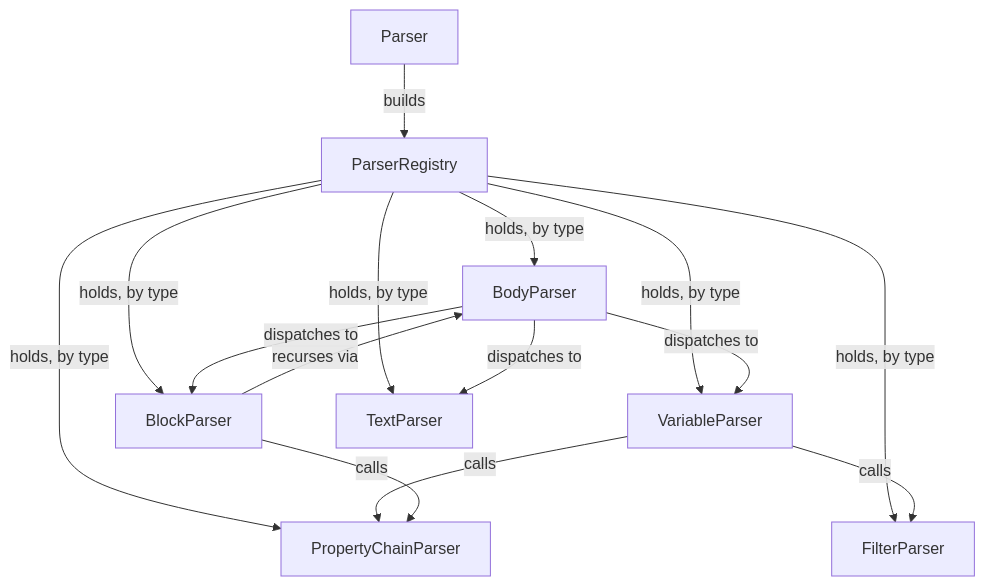
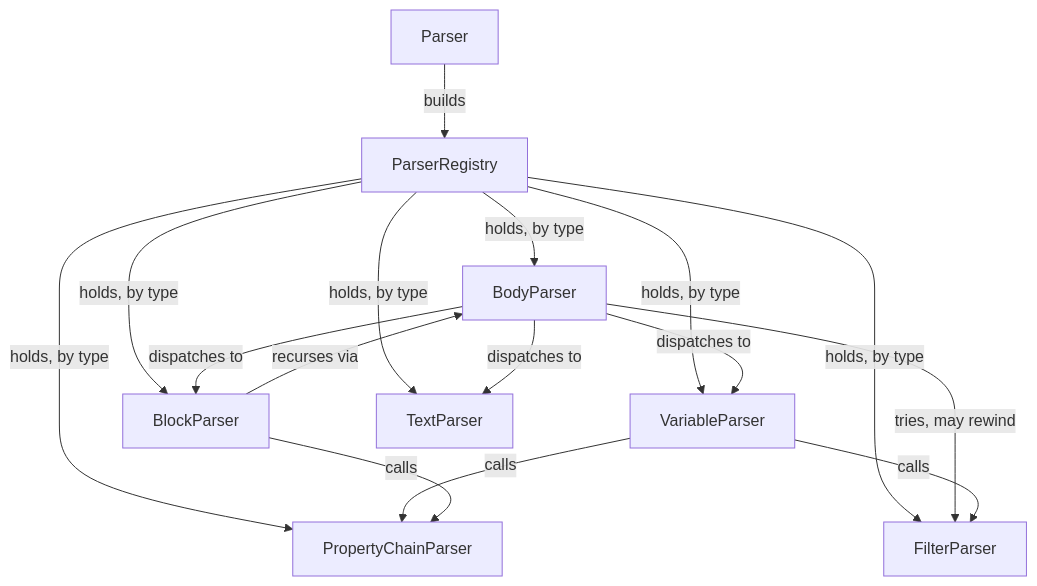
One commit to cihandeniz/guillemets changed the third of 3 diagrams in docs/architecture.md. Above: the diagram before and after it, drawn with Mermaid. The commit also changed other lines of this file and 18 other files, not shown here.

````diff
--- a/docs/architecture.md
+++ b/docs/architecture.md
@@ -100,17 +100,18 @@
 ```mermaid
 flowchart TB
     Parser -->|builds| ParserRegistry
     ParserRegistry -->|holds, by type| BodyParser
     ParserRegistry -->|holds, by type| VariableParser
     ParserRegistry -->|holds, by type| BlockParser
     ParserRegistry -->|holds, by type| TextParser
     ParserRegistry -->|holds, by type| FilterParser
     ParserRegistry -->|holds, by type| PropertyChainParser
     BodyParser -->|dispatches to| VariableParser
     BodyParser -->|dispatches to| BlockParser
     BodyParser -->|dispatches to| TextParser
+    BodyParser -->|tries, may rewind| FilterParser
     VariableParser -->|calls| PropertyChainParser
     VariableParser -->|calls| FilterParser
     BlockParser -->|calls| PropertyChainParser
     BlockParser -->|recurses via| BodyParser
 ```
````
